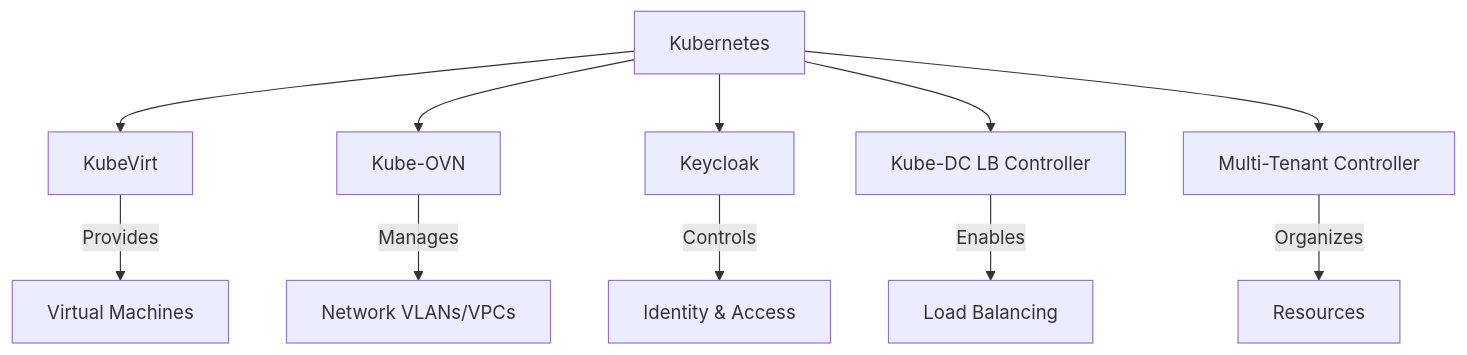
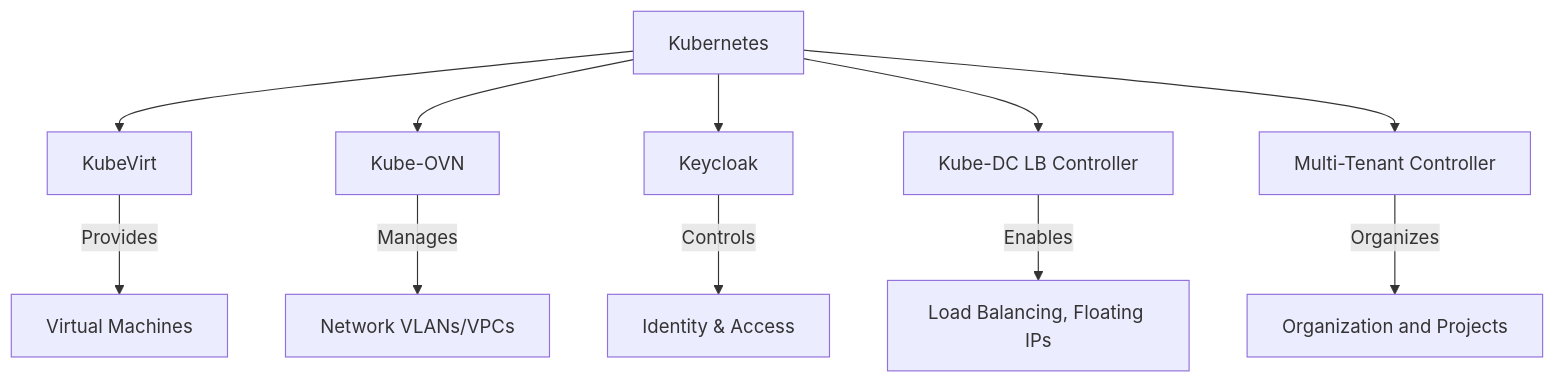
The diagram in docs/architecture-overview.md (kube-dc/kube-dc-public), drawn with Mermaid before and after one commit. The commit also changed other lines of this file and 8 other files, not shown here.

````diff
--- a/docs/architecture-overview.md
+++ b/docs/architecture-overview.md
@@ -15,14 +15,14 @@
 ```mermaid
 graph TD
     K8s[Kubernetes] --> KubeVirt[KubeVirt]    
     K8s --> KubeOVN[Kube-OVN]    
     K8s --> Keycloak[Keycloak]    
     K8s --> LBController[Kube-DC LB Controller]    
     K8s --> MultiTenant[Multi-Tenant Controller]
     
     KubeVirt -->|Provides| VMs[Virtual Machines]
     KubeOVN -->|Manages| Networking[Network VLANs/VPCs]
     Keycloak -->|Controls| IAM[Identity & Access]
-    LBController -->|Enables| LoadBalancing[Load Balancing]
-    MultiTenant -->|Organizes| Resources[Resources]
+    LBController -->|Enables| LoadBalancing[Load Balancing, Floating IPs]
+    MultiTenant -->|Organizes| Resources[Organization and Projects]
 ```
````
